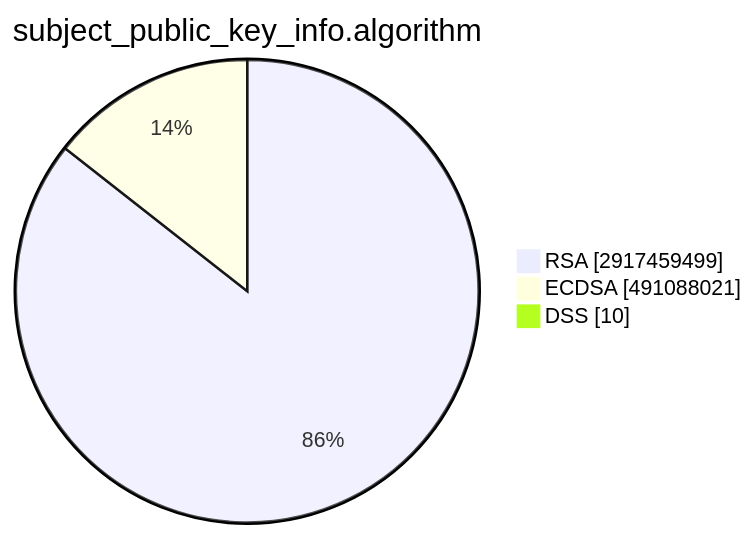
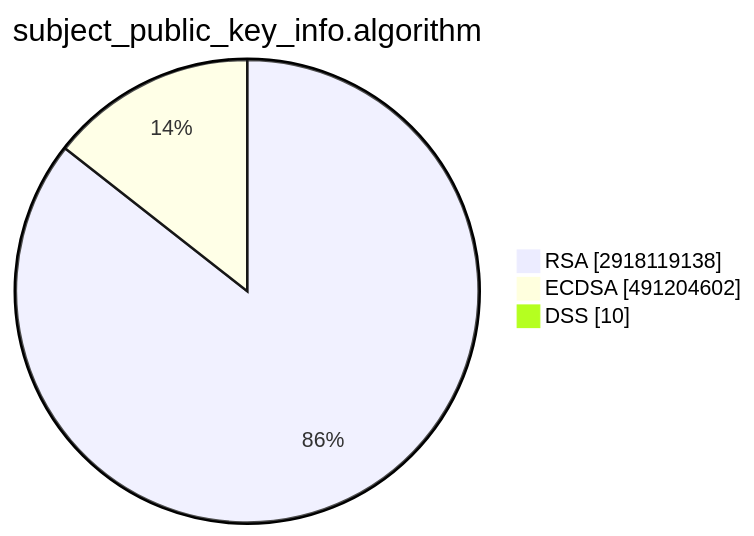
The second of 15 diagrams in TOTAL/README.md (christiankrug/ctmonitor_visualization), drawn with Mermaid before and after one commit. The commit also changed other lines of this file, not shown here.

````diff
--- a/TOTAL/README.md
+++ b/TOTAL/README.md
@@ -6,7 +6,7 @@
 ```mermaid
 pie showData
 title subject_public_key_info.algorithm
-"RSA" :2917459499
-"ECDSA" :491088021
+"RSA" :2918119138
+"ECDSA" :491204602
 "DSS" :10
 ```
````
